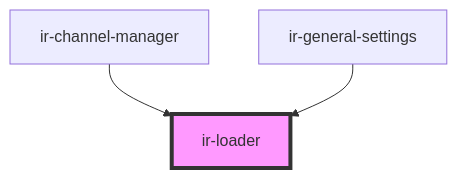
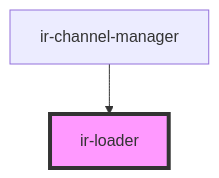
The diagram in src/components/ir-loader/readme.md (freddynasr/ir-webcmp), drawn with Mermaid before and after one commit. The commit also changed other lines of this file and 18 other files, not shown here.

````diff
--- a/src/components/ir-loader/readme.md
+++ b/src/components/ir-loader/readme.md
@@ -23,6 +22,5 @@
 ```mermaid
 graph TD;
   ir-channel-manager --> ir-loader
-  ir-general-settings --> ir-loader
   style ir-loader fill:#f9f,stroke:#333,stroke-width:4px
 ```
````
